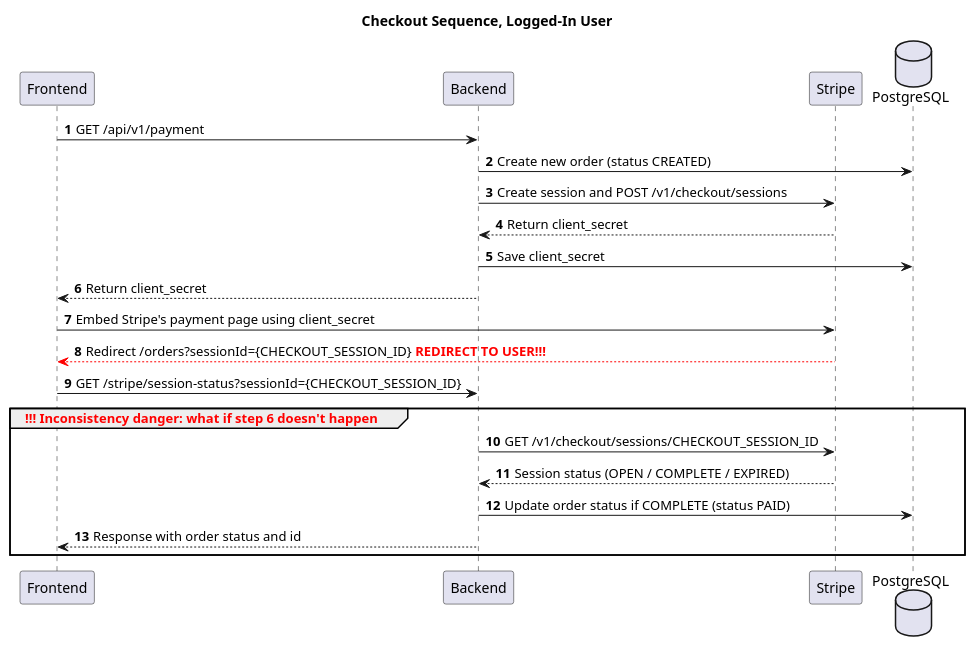
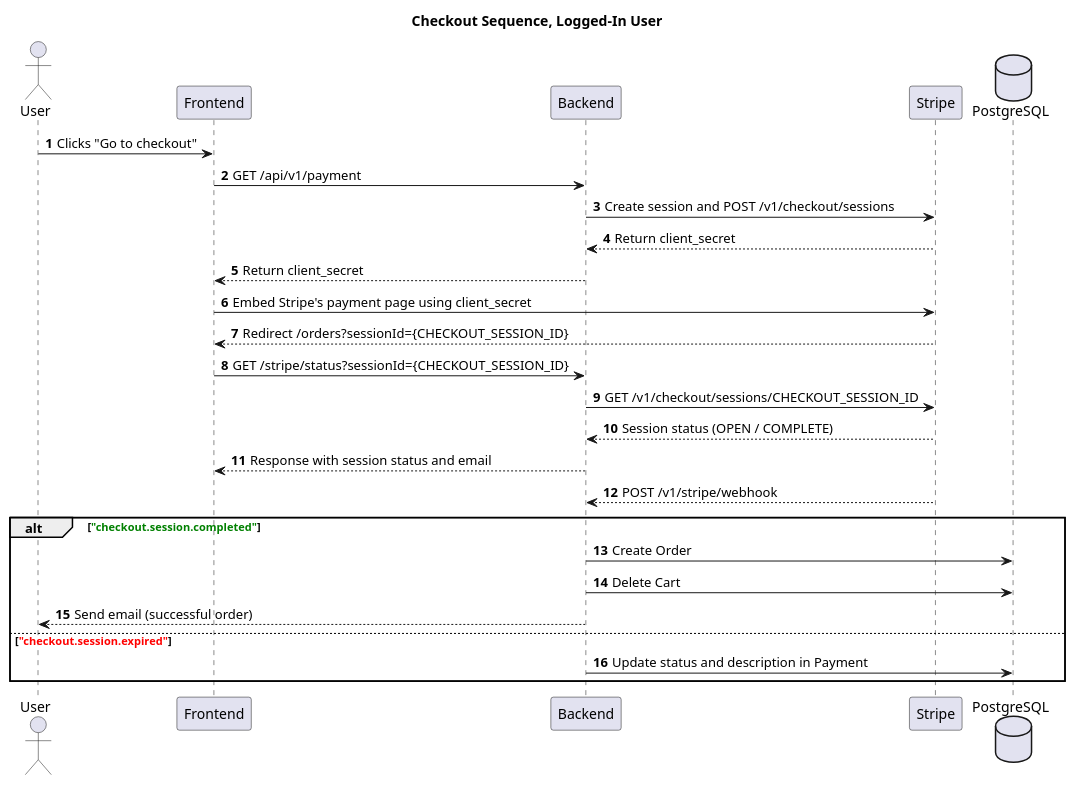
The diagram in docs/plantuml/payment/checkout-sequence.puml (dMpouk/Iced-Latte), drawn with PlantUML before and after one commit. The commit also changed 11 other files, not shown here.

Commit message:
Updated documentation related to payment (Stripe)

```diff
--- a/docs/plantuml/payment/checkout-sequence.puml
+++ b/docs/plantuml/payment/checkout-sequence.puml
@@ -1,27 +1,34 @@
 @startuml
 'https://plantuml.com/sequence-diagram
 
 autonumber
 
 title Checkout Sequence, Logged-In User
+
+actor "User" as user
 participant "Frontend" as fe
 participant "Backend" as be
 participant "Stripe" as stripe
 database "PostgreSQL" as db
 
+user -> fe: Clicks "Go to checkout"
 fe -> be: GET /api/v1/payment
-be -> db: Create new order (status CREATED)
 be -> stripe: Create session and POST /v1/checkout/sessions
 be <-- stripe: Return client_secret
-be -> db: Save client_secret
 be --> fe: Return client_secret
 fe -> stripe: Embed Stripe's payment page using client_secret
-fe <[#red]-- stripe: Redirect /orders?sessionId={CHECKOUT_SESSION_ID} <font color=red><b>REDIRECT TO USER!!!
-fe -> be: GET /stripe/session-status?sessionId={CHECKOUT_SESSION_ID}
-group <font color=red><b>!!! Inconsistency danger: what if step 6 doesn't happen
+fe <-- stripe: Redirect /orders?sessionId={CHECKOUT_SESSION_ID}
+fe -> be: GET /stripe/status?sessionId={CHECKOUT_SESSION_ID}
 be -> stripe: GET /v1/checkout/sessions/CHECKOUT_SESSION_ID
-be <-- stripe: Session status (OPEN / COMPLETE / EXPIRED)
-be -> db: Update order status if COMPLETE (status PAID)
-fe <-- be: Response with order status and id
+be <-- stripe: Session status (OPEN / COMPLETE)
+fe <-- be: Response with session status and email
+
+be <-- stripe: POST /v1/stripe/webhook
+alt <font color=green>"checkout.session.completed"</font>
+    be -> db: Create Order
+    be -> db: Delete Cart
+    user <-- be: Send email (successful order)
+else <font color=red>"checkout.session.expired"</font>
+    be -> db: Update status and description in Payment
 end
 @enduml
```
